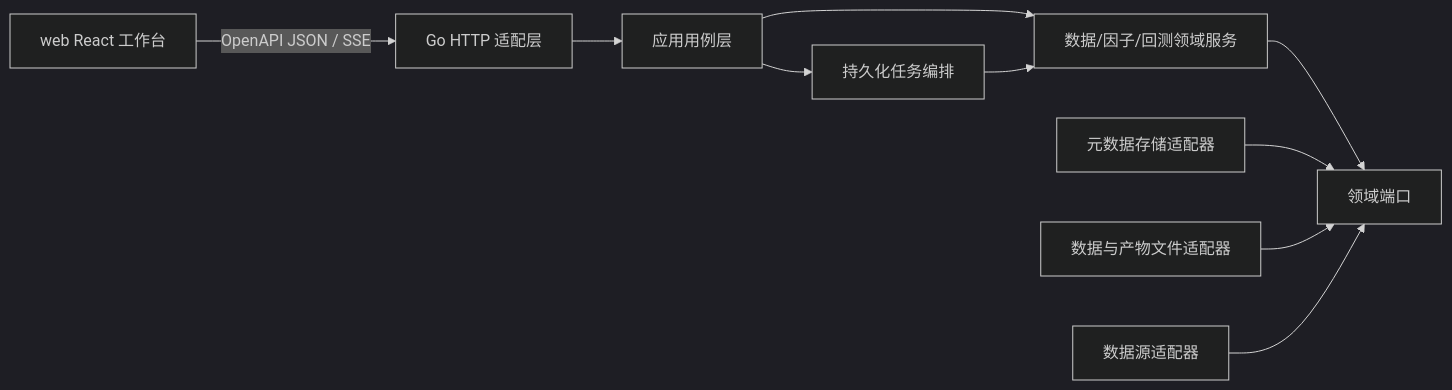
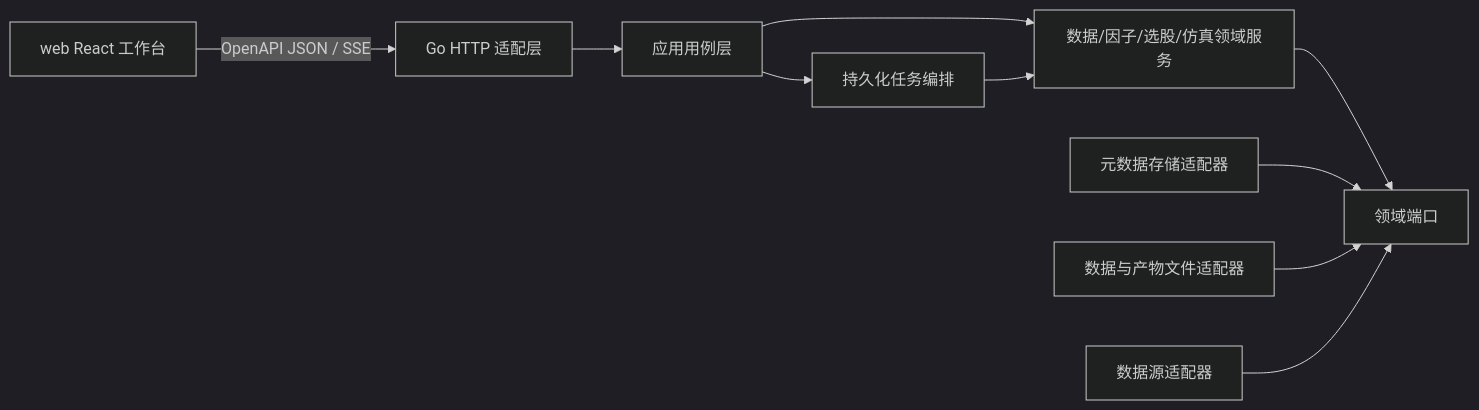
Before and after one commit to injoyai/strategy: the diagram in docs/implementation/README.md, drawn with Mermaid (dark theme). The commit also changed other lines of this file and 15 other files, not shown here.

````diff
--- a/docs/implementation/README.md
+++ b/docs/implementation/README.md
@@ -28,12 +33,12 @@
 ```mermaid
 flowchart LR
   WEB[web React 工作台] -->|OpenAPI JSON / SSE| HTTP[Go HTTP 适配层]
   HTTP --> APP[应用用例层]
   APP --> JOB[持久化任务编排]
-  APP --> DOMAIN[数据/因子/回测领域服务]
+  APP --> DOMAIN[数据/因子/选股/仿真领域服务]
   JOB --> DOMAIN
   DOMAIN --> PORTS[领域端口]
   SQL[元数据存储适配器] --> PORTS
   FILES[数据与产物文件适配器] --> PORTS
   PROVIDERS[数据源适配器] --> PORTS
 ```
````
